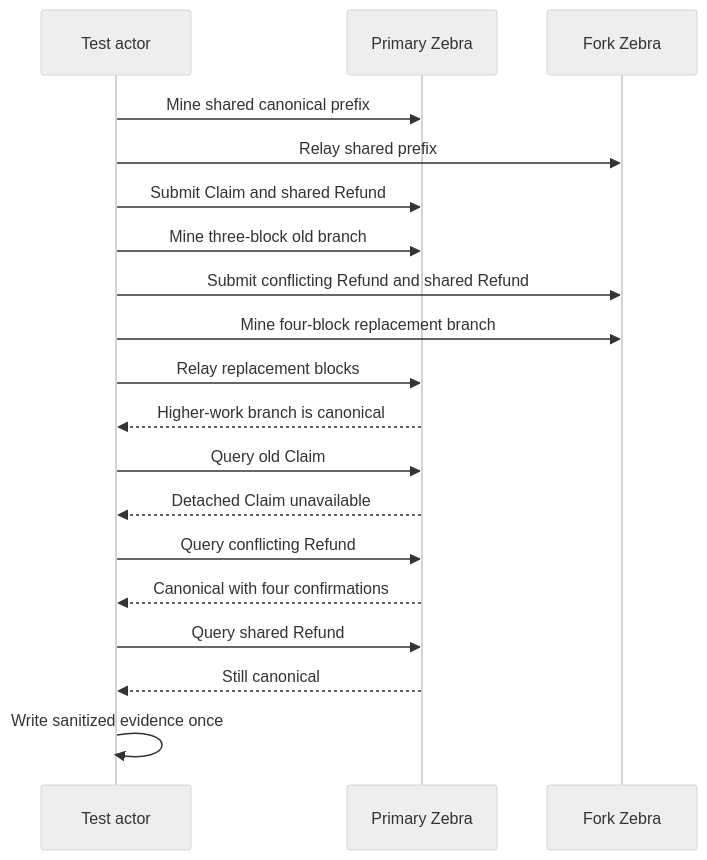
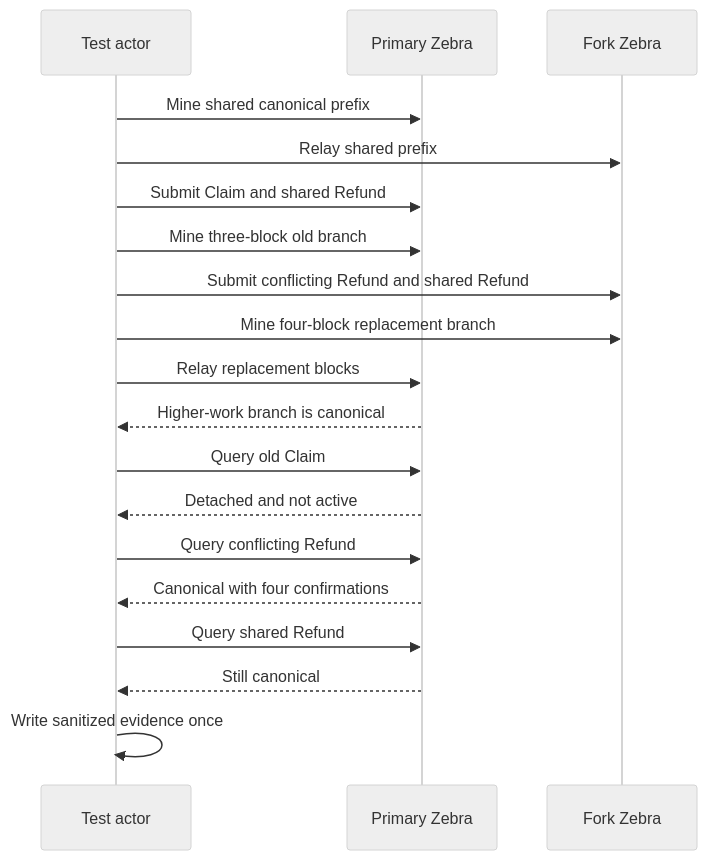
One commit to gateway-fm/lez-atomic-swaps changed the second of 2 diagrams in docs/architecture/0201-retain-zebra-competing-fork-evidence.md. Above: the diagram before and after it, drawn with Mermaid (neutral theme). The commit also changed other lines of this file and 3 other files, not shown here.

Commit message:
test(m7): classify detached Zebra claim

````diff
--- a/docs/architecture/0201-retain-zebra-competing-fork-evidence.md
+++ b/docs/architecture/0201-retain-zebra-competing-fork-evidence.md
@@ -41,22 +42,22 @@
 ```mermaid
 sequenceDiagram
     participant T as Test actor
     participant P as Primary Zebra
     participant F as Fork Zebra
 
     T->>P: Mine shared canonical prefix
     T->>F: Relay shared prefix
     T->>P: Submit Claim and shared Refund
     T->>P: Mine three-block old branch
     T->>F: Submit conflicting Refund and shared Refund
     T->>F: Mine four-block replacement branch
     T->>P: Relay replacement blocks
     P-->>T: Higher-work branch is canonical
     T->>P: Query old Claim
-    P-->>T: Detached Claim unavailable
+    P-->>T: Detached and not active
     T->>P: Query conflicting Refund
     P-->>T: Canonical with four confirmations
     T->>P: Query shared Refund
     P-->>T: Still canonical
     T->>T: Write sanitized evidence once
 ```
````
